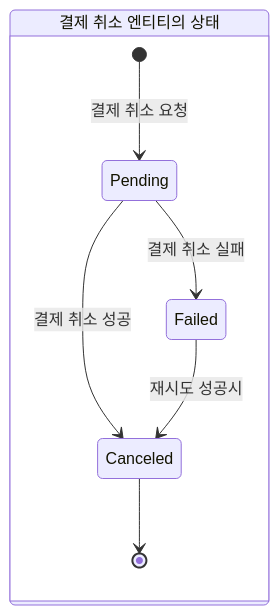
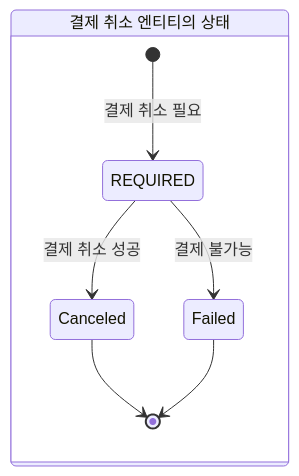
One commit to js990311/reservation-movie changed the third of 9 diagrams in README.md. Above: the diagram before and after it, drawn with Mermaid. The commit also changed other lines of this file and 16 other files, not shown here.

````diff
--- a/README.md
+++ b/README.md
@@ -36,10 +36,10 @@
 ```mermaid
 stateDiagram-v2
         state "결제 취소 엔티티의 상태" as PaymentCancel{
-            [*] --> Pending : 결제 취소 요청
-            Pending --> Canceled : 결제 취소 성공
-            Pending --> Failed : 결제 취소 실패
-            Failed --> Canceled : 재시도 성공시
+            [*] --> REQUIRED : 결제 취소 필요
+            REQUIRED --> Canceled : 결제 취소 성공
+            REQUIRED --> Failed : 결제 불가능
             Canceled --> [*]
+            Failed --> [*]
         }
 ```
````
